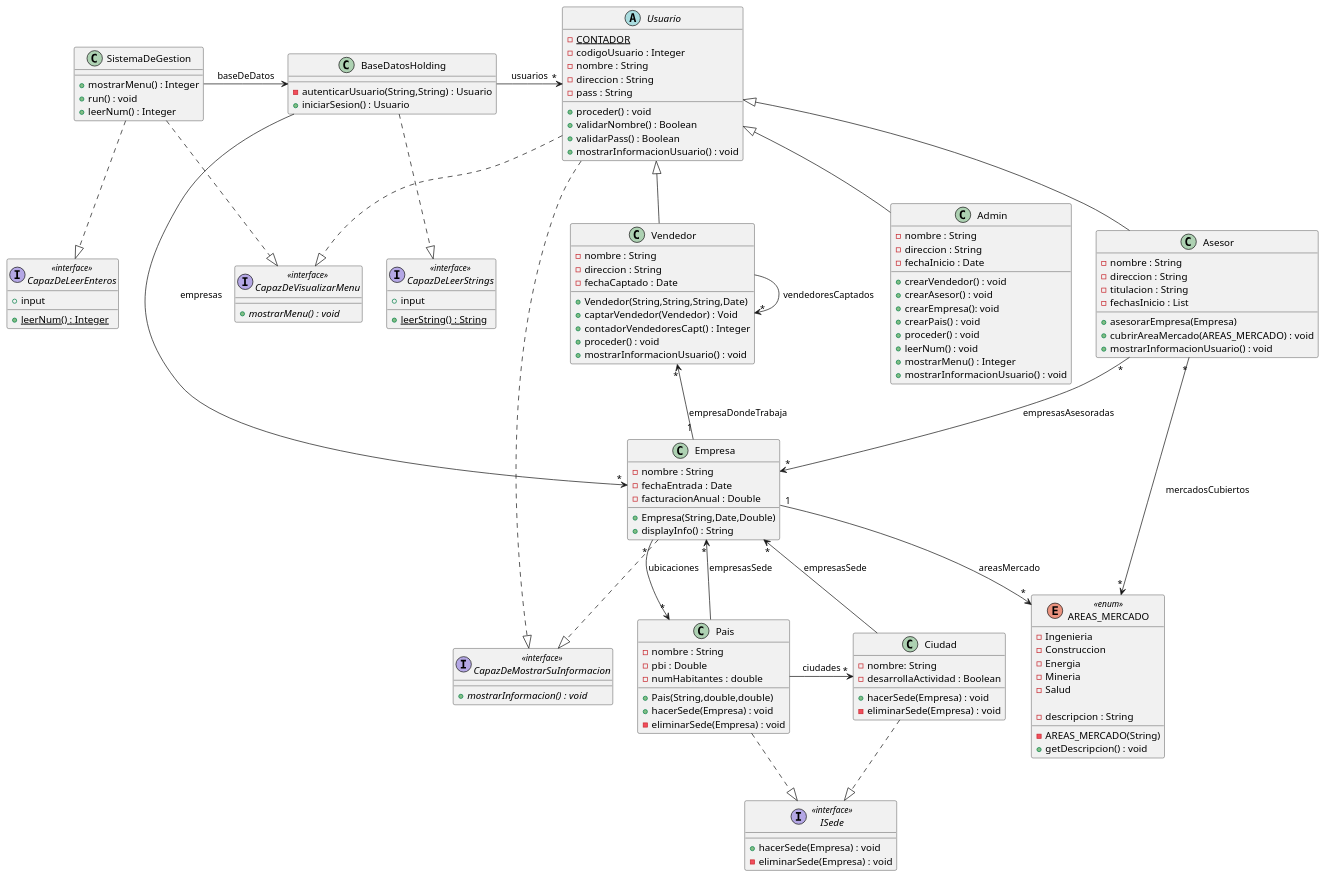
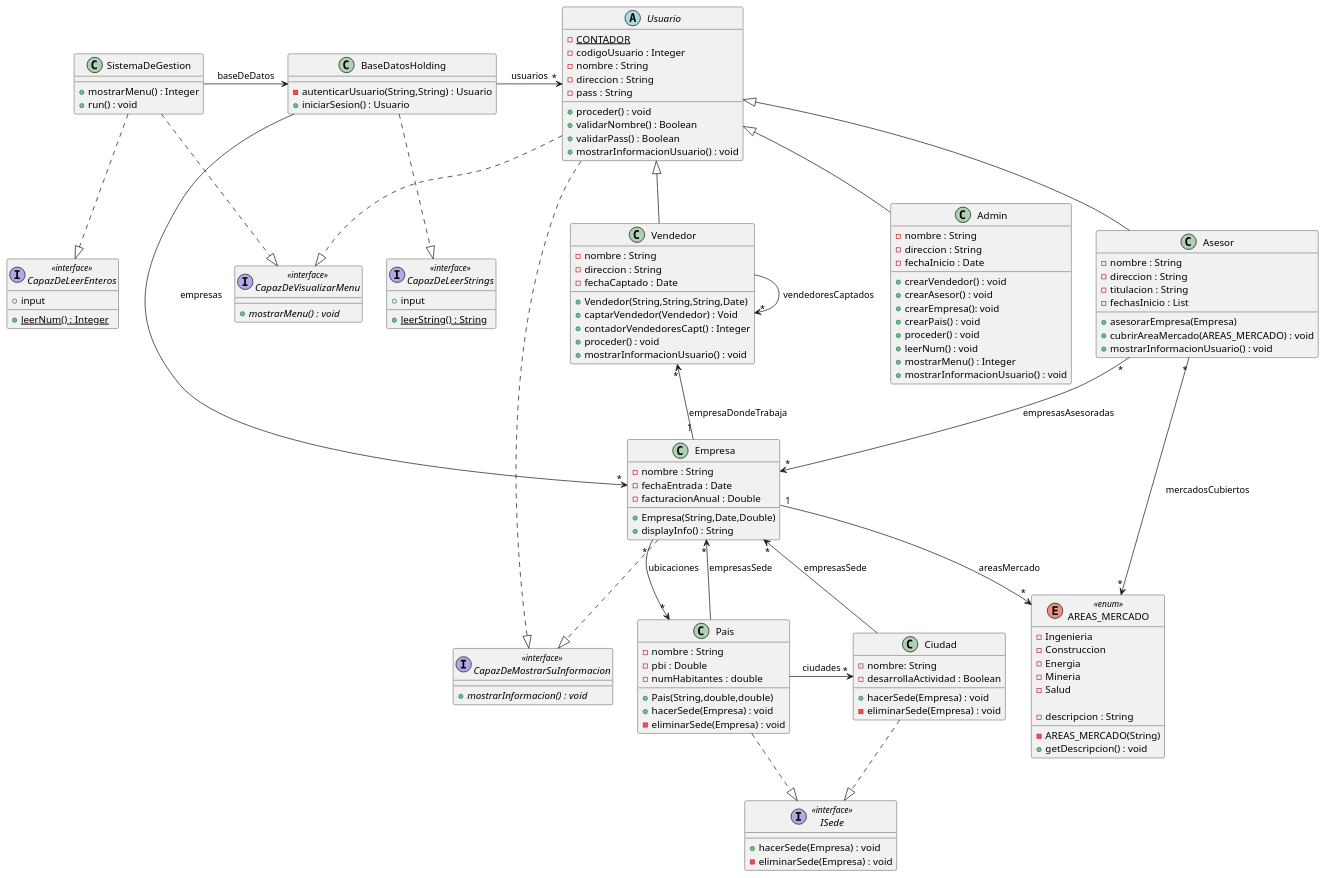
The diagram in proyecto-programacion2/src/holding/diagrama-de-clases.puml (maxi-stein/Proyecto-Programacion-2), drawn with PlantUML before and after one commit. The commit also changed 2 other files, not shown here.

```diff
--- a/proyecto-programacion2/src/holding/diagrama-de-clases.puml
+++ b/proyecto-programacion2/src/holding/diagrama-de-clases.puml
@@ -1,149 +1,148 @@
 @startuml
 class SistemaDeGestion{
 +mostrarMenu() : Integer
 +run() : void
-+leerNum() : Integer
 }
 
 class BaseDatosHolding{
 -autenticarUsuario(String,String) : Usuario
 +iniciarSesion() : Usuario
 }
 
 abstract Usuario{
 -{static} CONTADOR
 -codigoUsuario : Integer
 -nombre : String
 -direccion : String
 -pass : String
 
 +proceder() : void
 +validarNombre() : Boolean
 +validarPass() : Boolean
 +mostrarInformacionUsuario() : void
 }
 
 class Vendedor extends Usuario{
     -nombre : String
     -direccion : String
     -fechaCaptado : Date
     +Vendedor(String,String,String,Date)
     +captarVendedor(Vendedor) : Void
     +contadorVendedoresCapt() : Integer
     +proceder() : void
     +mostrarInformacionUsuario() : void
 
 }
 
 class Empresa{
     -nombre : String
     -fechaEntrada : Date
     -facturacionAnual : Double
     +Empresa(String,Date,Double)
     +displayInfo() : String
 }
 
 enum  AREAS_MERCADO <<enum>> {
     -Ingenieria
     -Construccion
     -Energia
     -Mineria
     -Salud
 
     -descripcion : String
 
     -AREAS_MERCADO(String)
     +getDescripcion() : void
 
 }
 
 class Pais{
     -nombre : String
     -pbi : Double
     -numHabitantes : double
 
     +Pais(String,double,double)
     +hacerSede(Empresa) : void
     -eliminarSede(Empresa) : void
 }
 
 class Ciudad{
     -nombre: String
     -desarrollaActividad : Boolean
 
     +hacerSede(Empresa) : void
     -eliminarSede(Empresa) : void
 }
 
 interface ISede <<interface>>{
     +hacerSede(Empresa) : void
     -eliminarSede(Empresa) : void
 }
 
 interface CapazDeLeerEnteros <<interface>>{
     +input
     +{static} leerNum() : Integer
 }
 
 interface CapazDeLeerStrings <<interface>>{
     +input
     +{static} leerString() : String
 }
 
 interface CapazDeVisualizarMenu <<interface>>{
     +{abstract} mostrarMenu() : void
 }
 
 interface CapazDeMostrarSuInformacion <<interface>>{
     +{abstract} mostrarInformacion() : void
 }
 
 class Asesor extends Usuario{
 -nombre : String
 -direccion : String
 -titulacion : String
 -fechasInicio : List
 +asesorarEmpresa(Empresa)
 +cubrirAreaMercado(AREAS_MERCADO) : void
 +mostrarInformacionUsuario() : void
 
 }
 
 class Admin extends Usuario{
 -nombre : String
 -direccion : String
 -fechaInicio : Date
 +crearVendedor() : void
 +crearAsesor() : void
 +crearEmpresa(): void
 +crearPais() : void
 +proceder() : void
 +leerNum() : void
 +mostrarMenu() : Integer
 +mostrarInformacionUsuario() : void
 }
 
 
 SistemaDeGestion -> BaseDatosHolding : "baseDeDatos"
 SistemaDeGestion -.|> CapazDeLeerEnteros
 SistemaDeGestion -.|> CapazDeVisualizarMenu
 BaseDatosHolding -> "*" Usuario : usuarios
 BaseDatosHolding -> "*" Empresa : empresas
 BaseDatosHolding -.|> CapazDeLeerStrings
 Usuario -.|> CapazDeVisualizarMenu
 Usuario -.|> CapazDeMostrarSuInformacion
 Vendedor "*"<-- "1" Empresa : empresaDondeTrabaja
 Vendedor -> "*" Vendedor : vendedoresCaptados
 Empresa "1"--> "*" AREAS_MERCADO : areasMercado
 Empresa "*" --> "*" Pais : ubicaciones
 Empresa -.|> CapazDeMostrarSuInformacion
 Pais -> "*" Ciudad : ciudades
 Pais -.|> ISede
 Pais --> "*" Empresa : empresasSede
 Ciudad -.|> ISede
 Ciudad --> "*" Empresa : empresasSede
 Asesor "*"--> "*" AREAS_MERCADO : mercadosCubiertos
 Asesor "*" --> "*" Empresa : empresasAsesoradas
 
 
 @enduml
```
